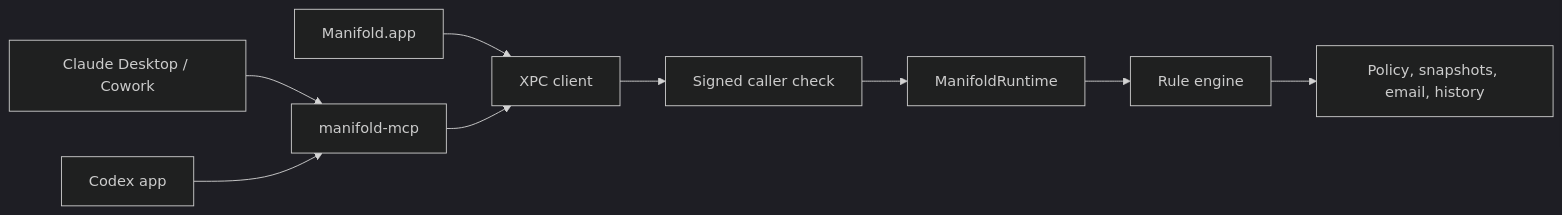
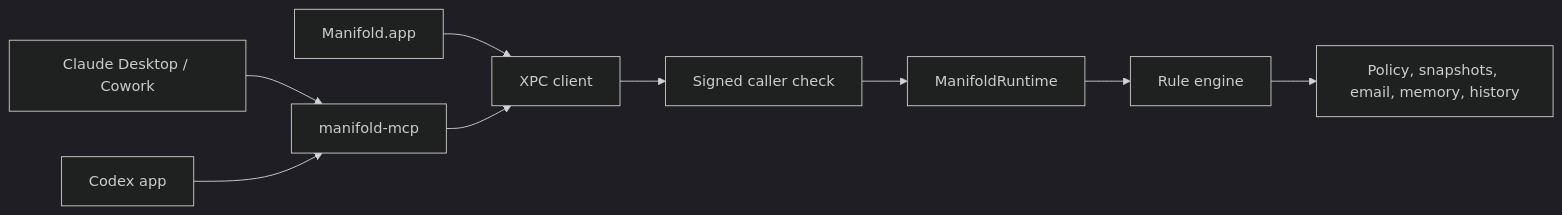
One commit to Spatial-Duality/Manifold changed the diagram in README.md. Above: the diagram before and after it, drawn with Mermaid (dark theme). The commit also changed other lines of this file and 46 other files, not shown here.

````diff
--- a/README.md
+++ b/README.md
@@ -61,11 +63,11 @@
 ```mermaid
 flowchart LR
     A["Claude Desktop / Cowork"] --> M["manifold-mcp"]
     B["Codex app"] --> M
     U["Manifold.app"] --> X["XPC client"]
     M --> X
     X --> V["Signed caller check"]
     V --> R["ManifoldRuntime"]
     R --> E["Rule engine"]
-    E --> S["Policy, snapshots, email, history"]
+    E --> S["Policy, snapshots, email, memory, history"]
 ```
````
